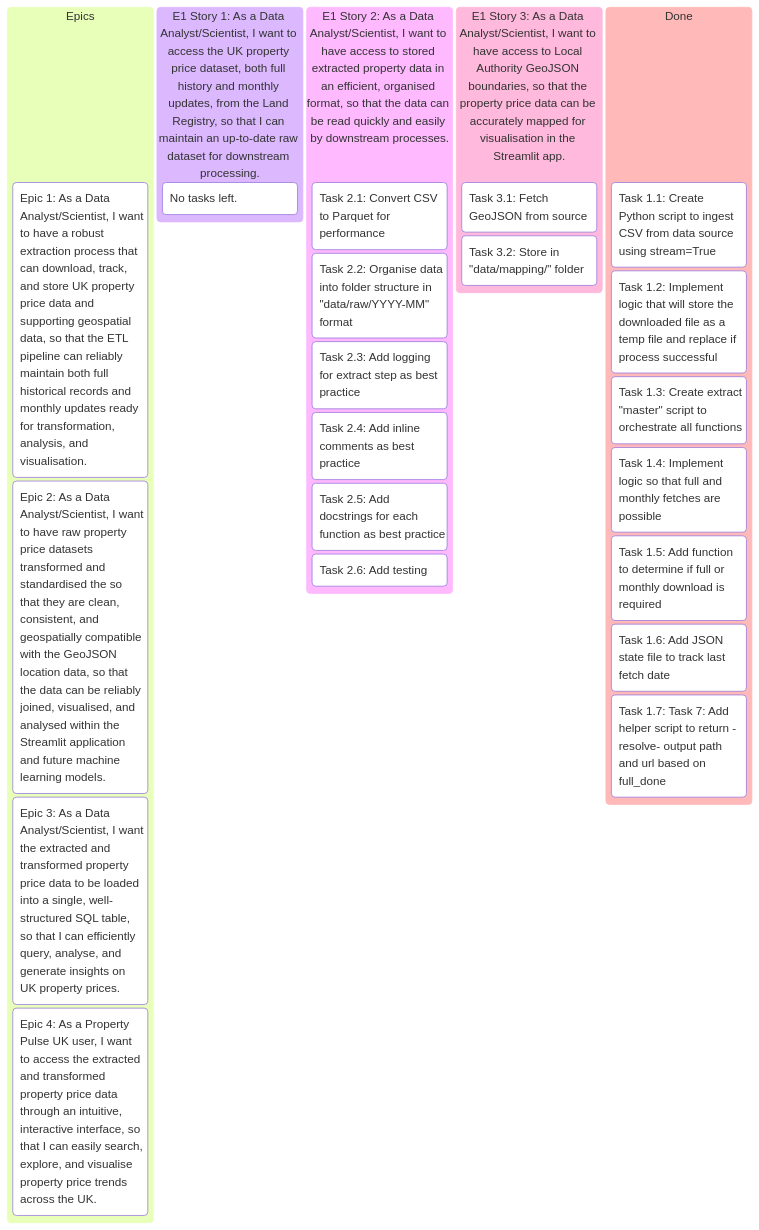
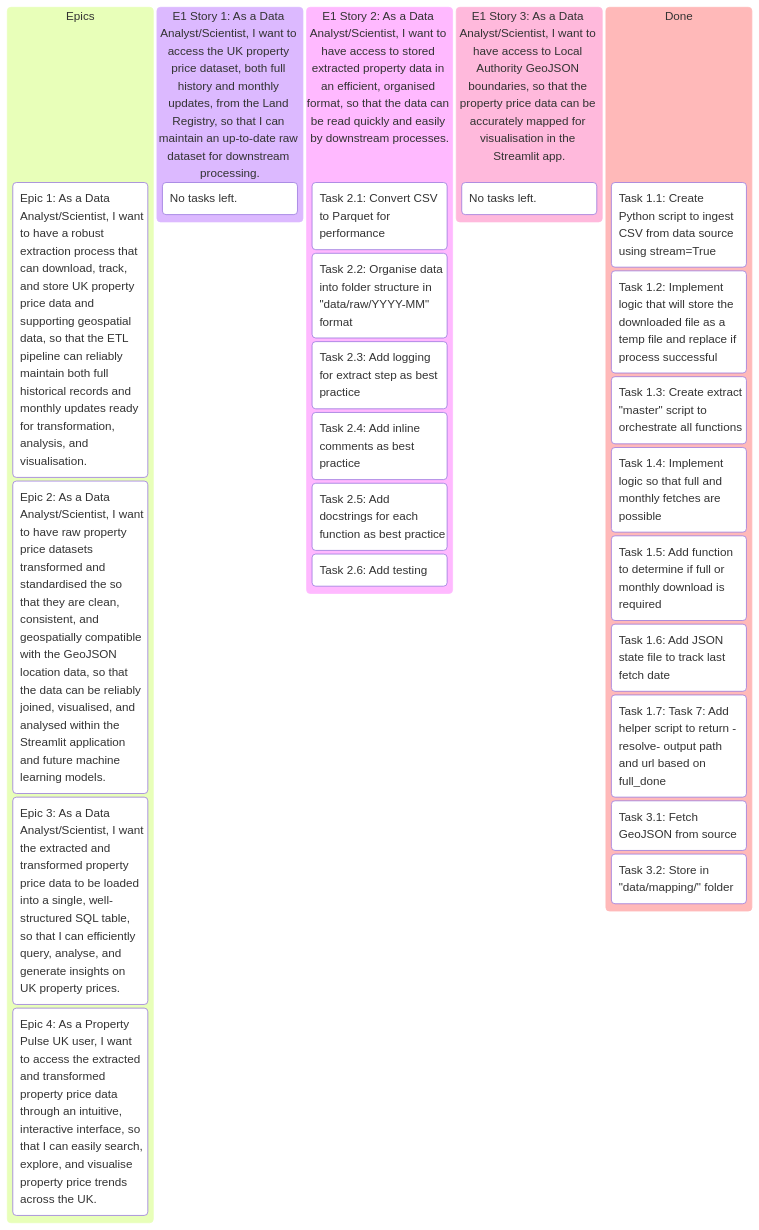
The first of 2 diagrams in README.md (pavlekovic/property-pulse-uk), drawn with Mermaid before and after one commit.

Commit message:
README update

````diff
--- a/README.md
+++ b/README.md
@@ -179,36 +179,37 @@
 ```mermaid
 kanban
     Epics
         (Epic 1: As a Data Analyst/Scientist, I want to have a robust extraction process that can download, track, and store UK property price data and supporting geospatial data, so that the ETL pipeline can reliably maintain both full historical records and monthly updates ready for transformation, analysis, and visualisation.)
 
         (Epic 2: As a Data Analyst/Scientist, I want to have raw property price datasets transformed and standardised the so that they are clean, consistent, and geospatially compatible with the GeoJSON location data, so that the data can be reliably joined, visualised, and analysed within the Streamlit application and future machine learning models.)
 
         (Epic 3: As a Data Analyst/Scientist, I want the extracted and transformed property price data to be loaded into a single, well-structured SQL table, so that I can efficiently query, analyse, and generate insights on UK property prices.)
 
         (Epic 4: As a Property Pulse UK user, I want to access the extracted and transformed property price data through an intuitive, interactive interface, so that I can easily search, explore, and visualise property price trends across the UK.)
 
     (E1 Story 1: As a Data Analyst/Scientist, I want to access the UK property price dataset, both full history and monthly updates, from the Land Registry, so that I can maintain an up-to-date raw dataset for downstream processing.)
         No tasks left.
 
     (E1 Story 2: As a Data Analyst/Scientist, I want to have access to stored extracted property data in an efficient, organised format, so that the data can be read quickly and easily by downstream processes.)
         Task 2.1: Convert CSV to Parquet for performance
         Task 2.2: Organise data into folder structure in "data/raw/YYYY-MM" format
         Task 2.3: Add logging for extract step as best practice
         Task 2.4: Add inline comments as best practice
         Task 2.5: Add docstrings for each function as best practice
         Task 2.6: Add testing
 
     (E1 Story 3: As a Data Analyst/Scientist, I want to have access to Local Authority GeoJSON boundaries, so that the property price data can be accurately mapped for visualisation in the Streamlit app.)
-        Task 3.1: Fetch GeoJSON from source
-        Task 3.2: Store in "data/mapping/" folder
+        No tasks left.
 
     Done
         Task 1.1: Create Python script to ingest CSV from data source using stream=True
         Task 1.2: Implement logic that will store the downloaded file as a temp file and replace if process successful
         Task 1.3: Create extract "master" script to orchestrate all functions
         Task 1.4: Implement logic so that full and monthly fetches are possible
         Task 1.5: Add function to determine if full or monthly download is required
         Task 1.6: Add JSON state file to track last fetch date
         Task 1.7: Task 7: Add helper script to return -resolve- output path and url based on full_done
+        Task 3.1: Fetch GeoJSON from source
+        Task 3.2: Store in "data/mapping/" folder
      
 ```
````
